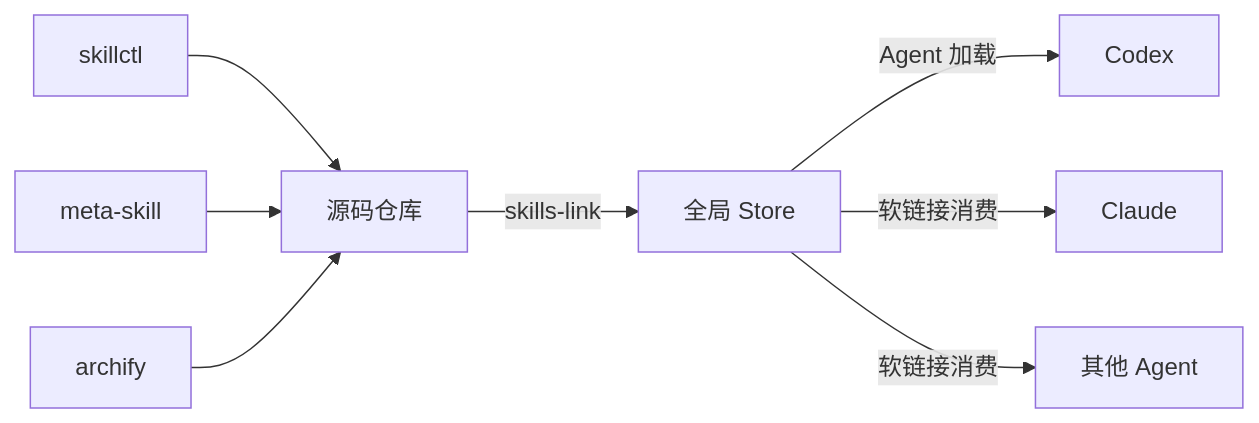
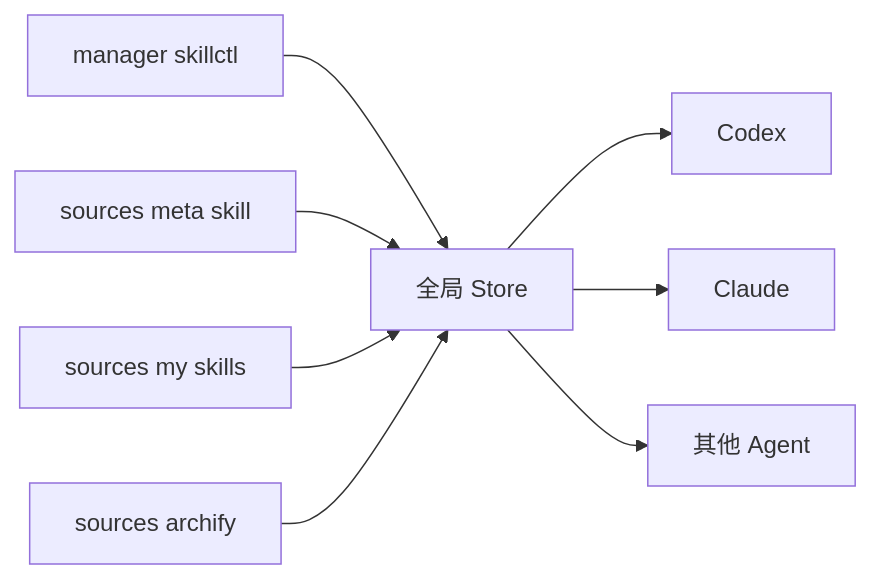
One commit to amuqiao/blog changed the first of 3 diagrams in content/posts/agent-skill-package-manager-skillctl/index.md. Above: the diagram before and after it, drawn with Mermaid. The commit also changed other lines of this file, not shown here.

Commit message:
docs(posts): 修订 skillctl 文章，补充正文外部链接与结构优化

```diff
--- a/content/posts/agent-skill-package-manager-skillctl/index.md
+++ b/content/posts/agent-skill-package-manager-skillctl/index.md
@@ -53,10 +119,10 @@
 {{< mermaid >}}
 flowchart LR
-  A[源码仓库] -->|skills-link| B[全局 Store]
-  B -->|Agent 加载| C[Codex]
-  B -->|软链接消费| D[Claude]
-  B -->|软链接消费| E[其他 Agent]
-  A1[skillctl] --> A
-  A2[meta-skill] --> A
-  A3[archify] --> A
+  A[manager skillctl] --> B[全局 Store]
+  C[sources meta skill] --> B
+  D[sources my skills] --> B
+  E[sources archify] --> B
+  B --> F[Codex]
+  B --> G[Claude]
+  B --> H[其他 Agent]
 {{< /mermaid >}}
```
